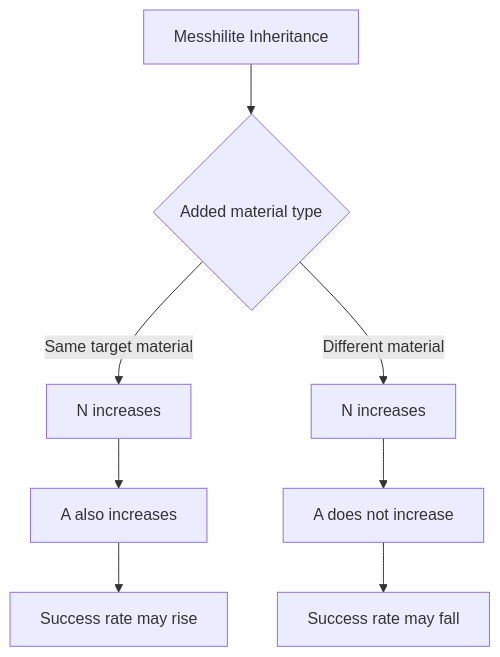
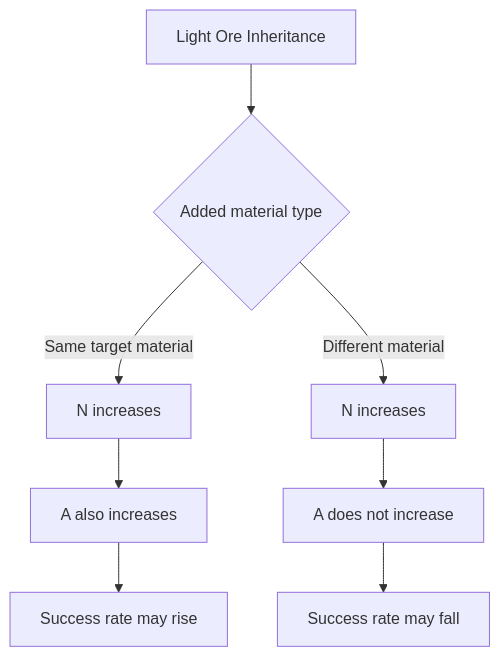
Before and after one commit to j13343sh/Rune-Factory-Inheritance-Research: the diagram in mermaid/messhilite-same-vs-different-material-expansion-en.mmd, drawn with Mermaid. The commit also changed 12 other files, not shown here.

```diff
--- a/mermaid/messhilite-same-vs-different-material-expansion-en.mmd
+++ b/mermaid/messhilite-same-vs-different-material-expansion-en.mmd
@@ -1,8 +1,8 @@
 flowchart TD
-    A[Messhilite Inheritance] --> B{Added material type}
+    A[Light Ore Inheritance] --> B{Added material type}
     B -->|Same target material| C[N increases]
     C --> D[A also increases]
     D --> E[Success rate may rise]
     B -->|Different material| F[N increases]
     F --> G[A does not increase]
     G --> H[Success rate may fall]
```
